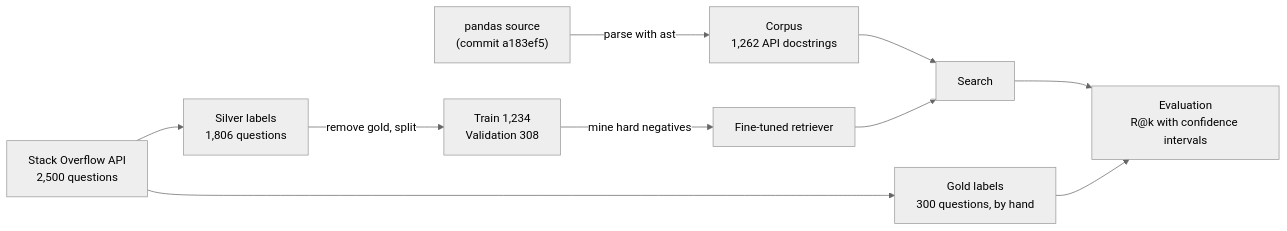
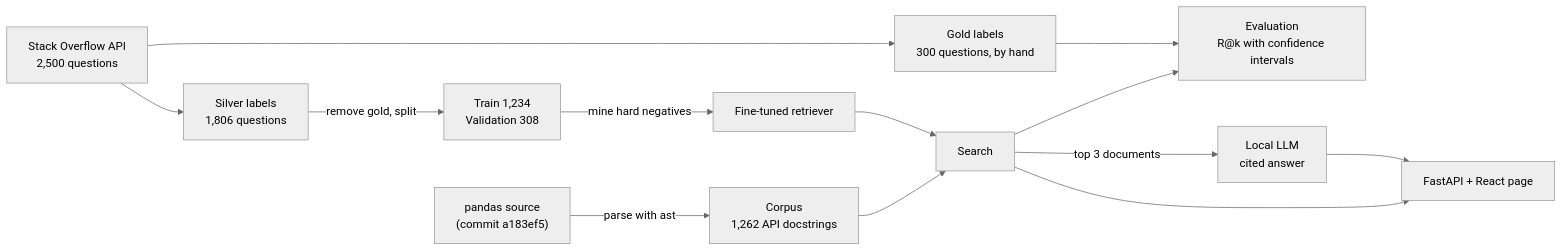
Before and after one commit to AGB2210/rag-for-pandas: the diagram in README.md, drawn with Mermaid (neutral theme). The commit also changed other lines of this file, not shown here.

````diff
--- a/README.md
+++ b/README.md
@@ -59,12 +59,15 @@
 ```mermaid
 flowchart LR
     A["pandas source<br/>(commit a183ef5)"] -->|parse with ast| B["Corpus<br/>1,262 API docstrings"]
     C["Stack Overflow API<br/>2,500 questions"] --> D["Silver labels<br/>1,806 questions"]
     C --> E["Gold labels<br/>300 questions, by hand"]
     D -->|remove gold, split| F["Train 1,234<br/>Validation 308"]
     F -->|mine hard negatives| G["Fine-tuned retriever"]
     B --> H["Search"]
     G --> H
     H --> I["Evaluation<br/>R@k with confidence intervals"]
     E --> I
+    H -->|top 3 documents| J["Local LLM<br/>cited answer"]
+    H --> K["FastAPI + React page"]
+    J --> K
 ```
````
